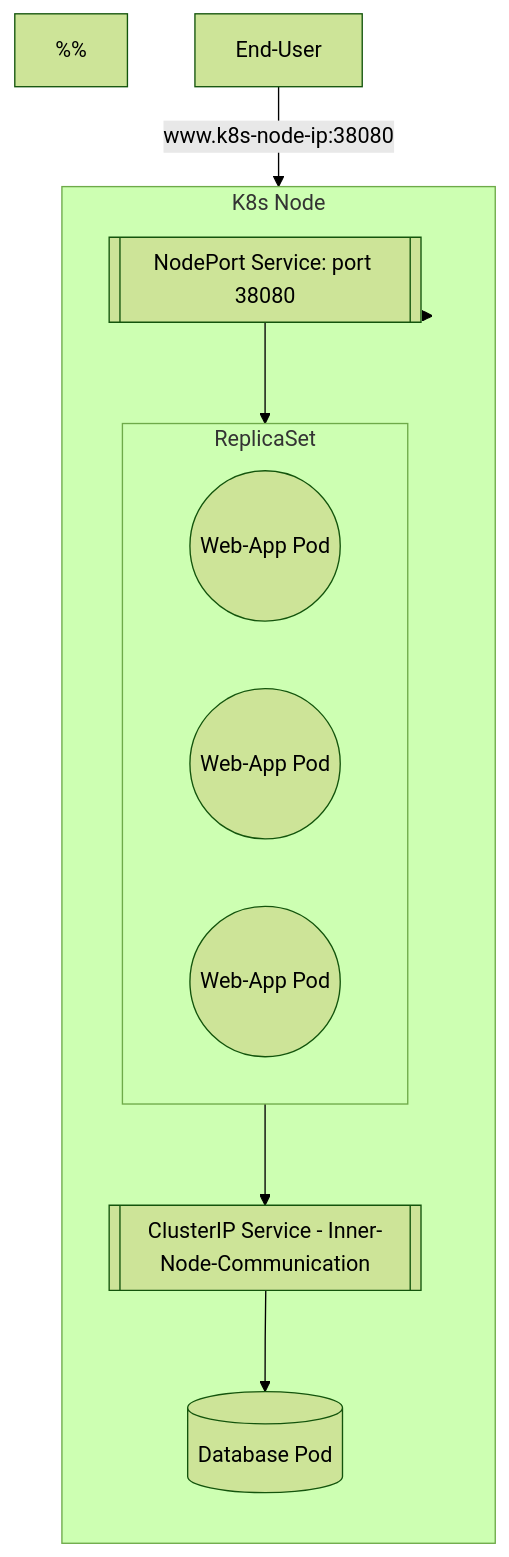
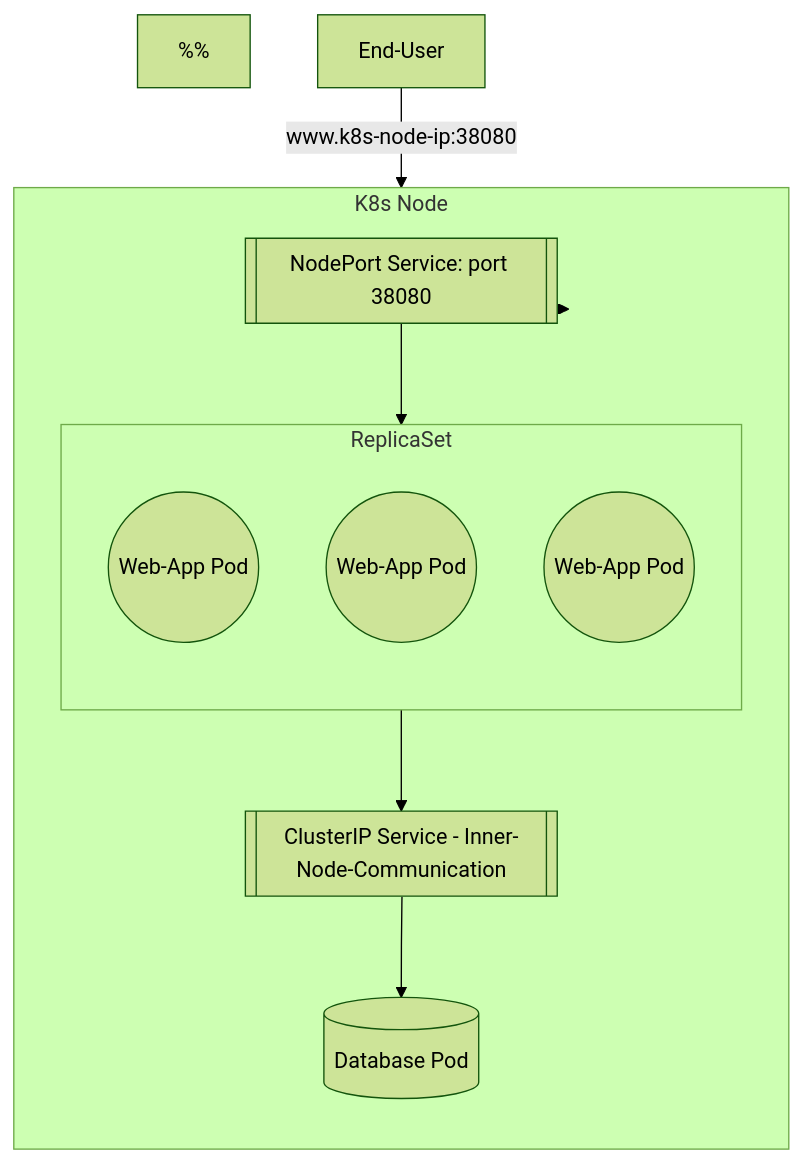
The third of 7 diagrams in content/k8s/in-depth/why-ingress.md (imagineLife/big-site), drawn with Mermaid (forest theme) before and after one commit. The commit also changed other lines of this file, not shown here.

````diff
--- a/content/k8s/in-depth/why-ingress.md
+++ b/content/k8s/in-depth/why-ingress.md
@@ -78,32 +78,33 @@
 ```mermaid
 flowchart TD
   %%
   %%  Nodes
   %%
   USER[End-User]
 
   NPS[[NodePort Service: port 38080]]
   APP((Web-App Pod))
   APP2((Web-App Pod))
   APP3((Web-App Pod))
   DBS[[ClusterIP Service - Inner-Node-Communication]]
   DB[(Database Pod)]
 
   subgraph RS [ReplicaSet]
+    direction TB
     APP
     APP2
     APP3
   end
 
   subgraph K8["K8s Node"]
     direction TB
     NPS --> RS
     RS --> DBS
     DBS --> DB
   end
   
   
 
   USER -- "www.k8s-node-ip:38080" --> K8
   K8 --> NPS
 ```
````
